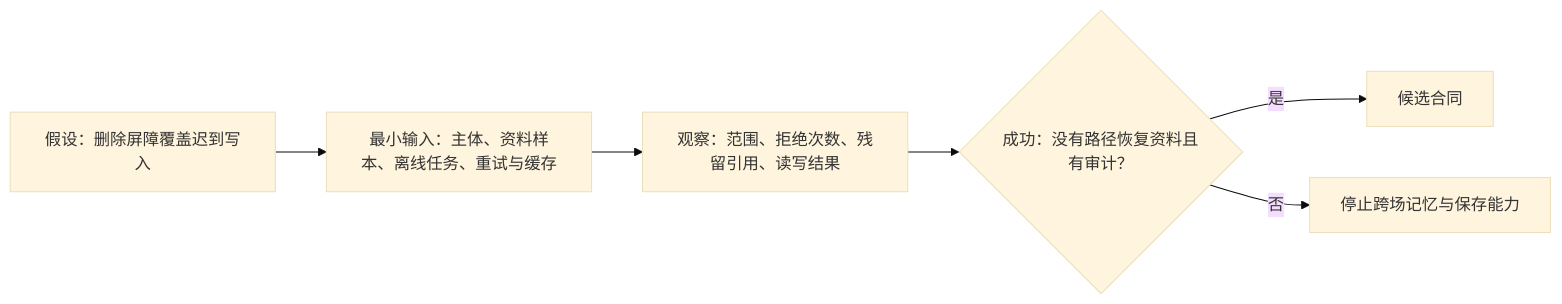
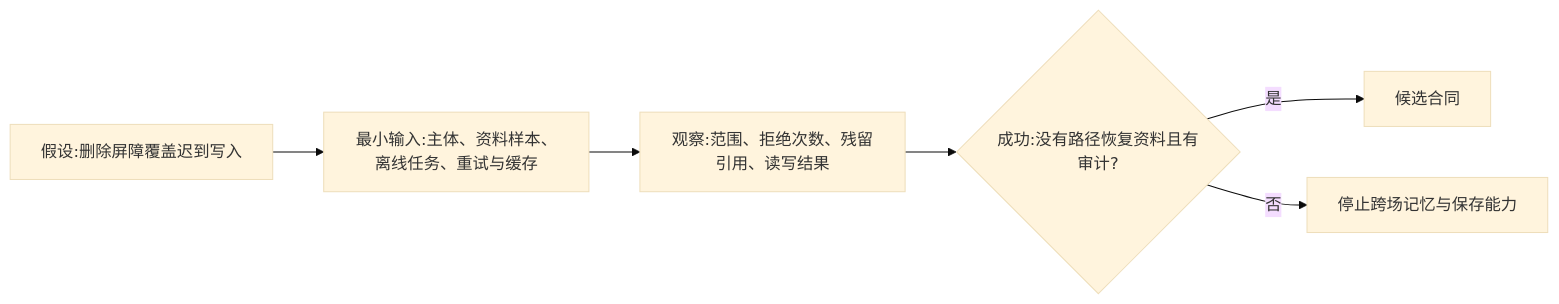
The tenth of 16 diagrams in docs/球球全套资料/4.产品设计/44-关键技术POC与方案选型.md (weiz98417-crypto/qiuqiu), drawn with Mermaid (base theme) before and after one commit. The commit also changed other lines of this file and 49 other files, not shown here.

````diff
--- a/docs/球球全套资料/4.产品设计/44-关键技术POC与方案选型.md
+++ b/docs/球球全套资料/4.产品设计/44-关键技术POC与方案选型.md
@@ -151,8 +152,8 @@
 ```mermaid
 flowchart LR
-    H[假设：删除屏障覆盖迟到写入] --> I[最小输入：主体、资料样本、离线任务、重试与缓存]
-    I --> O[观察：范围、拒绝次数、残留引用、读写结果]
-    O --> S{成功：没有路径恢复资料且有审计？}
+    H[假设:删除屏障覆盖迟到写入] --> I[最小输入:主体、资料样本、离线任务、重试与缓存]
+    I --> O[观察:范围、拒绝次数、残留引用、读写结果]
+    O --> S{成功:没有路径恢复资料且有审计?}
     S -->|是| P[候选合同]
     S -->|否| X[停止跨场记忆与保存能力]
 ```
````
